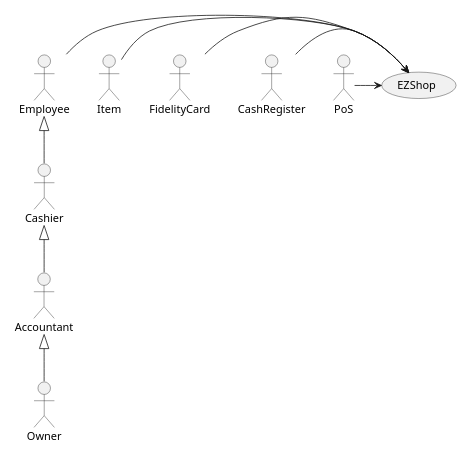
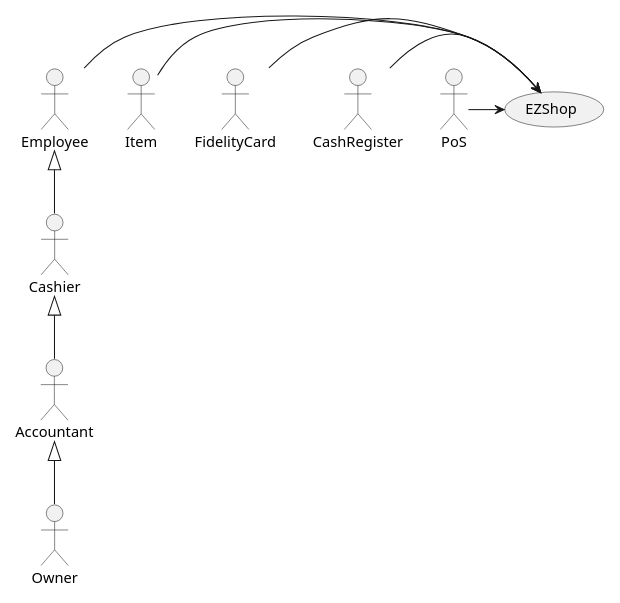
One commit to djemar/softeng_ezshop changed the first of 6 diagrams in Deliverables/RequirementsDocument.md. Above: the diagram before and after it, drawn with PlantUML. The commit also changed other lines of this file, not shown here.

````diff
--- a/Deliverables/RequirementsDocument.md
+++ b/Deliverables/RequirementsDocument.md
@@ -74,21 +76,21 @@
 ```plantuml
-scale 300 width
+scale 400 width
 top to bottom direction
 actor Owner as o
 actor Employee as e
 actor CashRegister as cr
 actor Item as i
 actor Accountant as acc
 actor Cashier as cas
 actor FidelityCard as f
 actor PoS as pos
 
 o -up-|> acc
 cas -up-|> e
 acc -up-|> cas
 i -> (EZShop)
 e -> (EZShop)
 f -> (EZShop)
 cr -> (EZShop)
 pos -> (EZShop)
 ```
````
